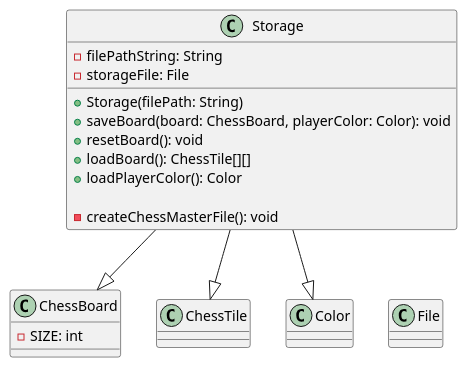
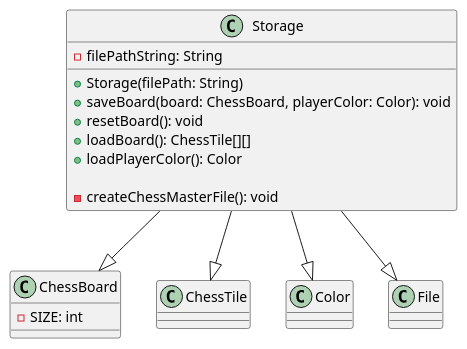
One commit to onx001/tp changed the diagram in docs/StorageClass.puml. Above: the diagram before and after it, drawn with PlantUML.

Commit message:
Addressed reviewer comments

```diff
--- a/docs/StorageClass.puml
+++ b/docs/StorageClass.puml
@@ -1,27 +1,26 @@
 @startuml
 class Storage {
   - filePathString: String
-  - storageFile: File
 
   + Storage(filePath: String)
   + saveBoard(board: ChessBoard, playerColor: Color): void
   + resetBoard(): void
   + loadBoard(): ChessTile[][]
   + loadPlayerColor(): Color
 
   - createChessMasterFile(): void
 }
 
 class ChessBoard {
   - SIZE: int
 }
 
 class ChessTile
 
 class Color
 
-Storage -[hidden]-> File
+Storage --|> File
 Storage --|> ChessBoard
 Storage --|> ChessTile
 Storage --|> Color
 @enduml
```
